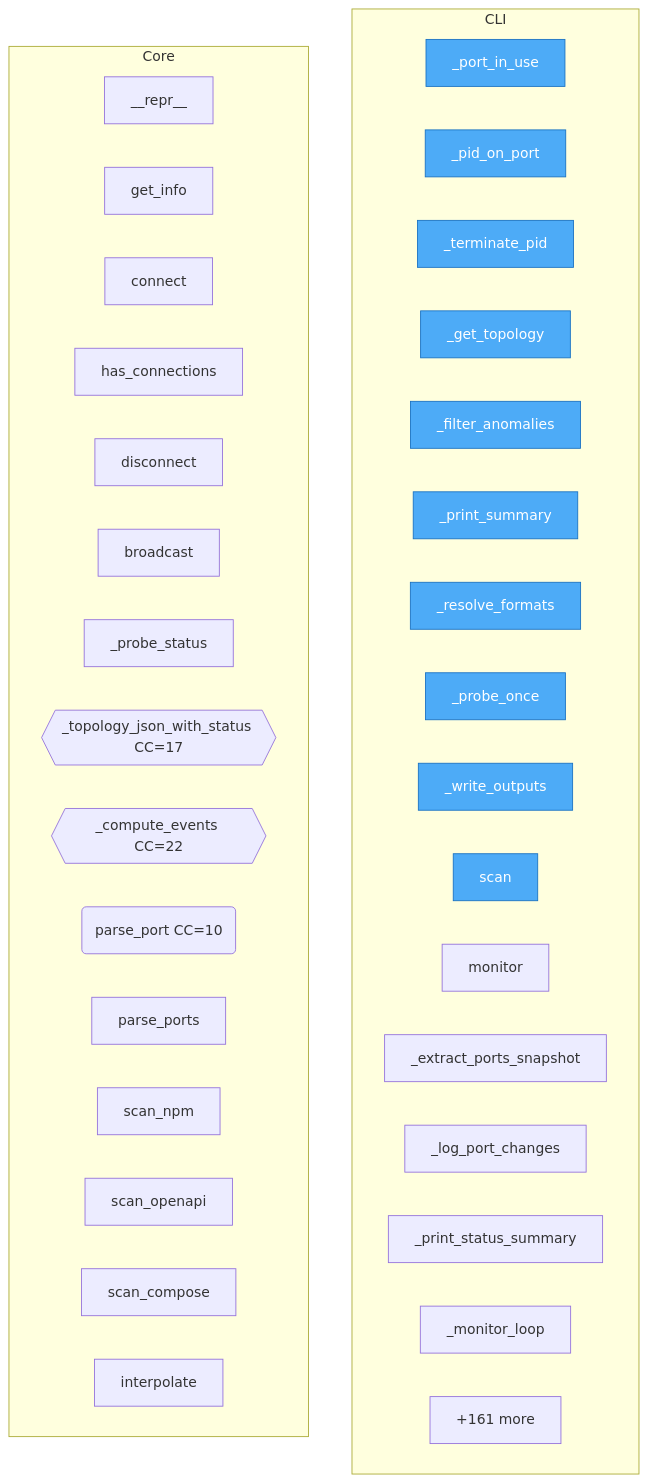
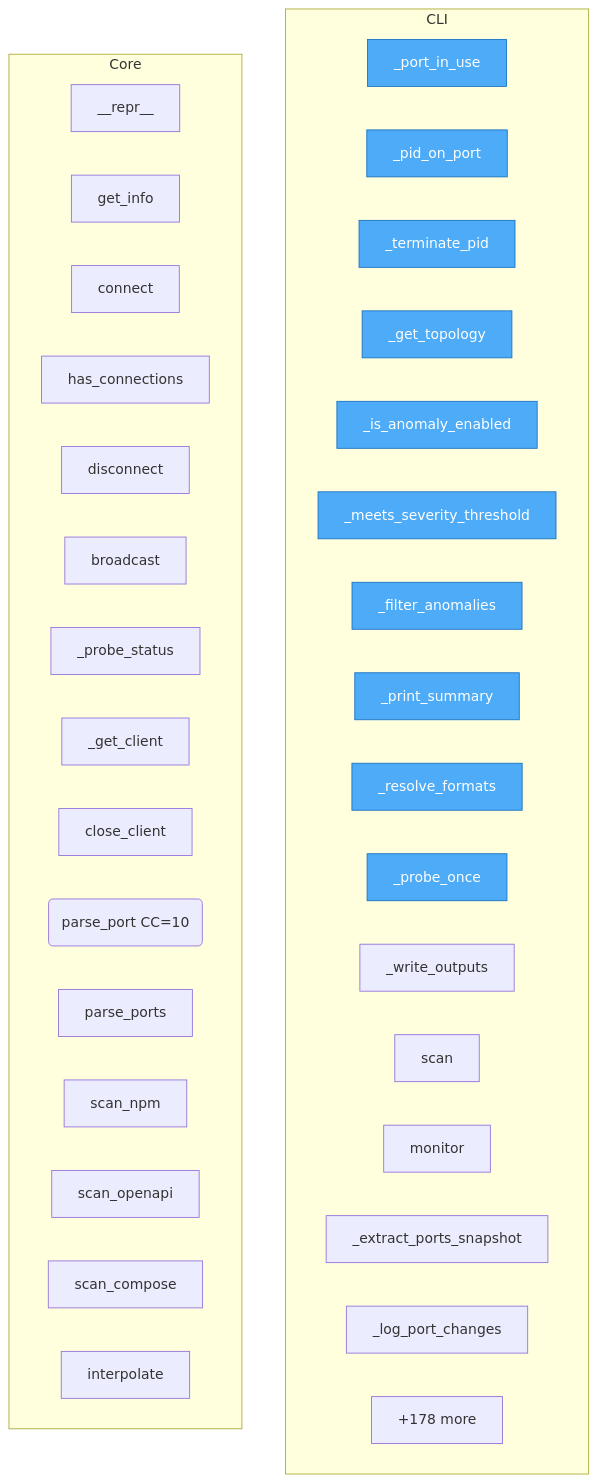
The diagram in project/flow.mmd (semcod/deta), drawn with Mermaid before and after one commit. The commit also changed 32 other files, not shown here.

```diff
--- a/project/flow.mmd
+++ b/project/flow.mmd
@@ -1,44 +1,44 @@
 flowchart TD
 
     %% Entry points (blue)
     classDef entry fill:#4dabf7,stroke:#1971c2,color:#fff
 
     subgraph CLI
         deta__cli___port_in_use["_port_in_use"]
         deta__cli___pid_on_port["_pid_on_port"]
         deta__cli___terminate_pid["_terminate_pid"]
         deta__cli___get_topology["_get_topology"]
+        deta__cli___is_anomaly_enabled["_is_anomaly_enabled"]
+        deta__cli___meets_severity_threshold["_meets_severity_threshold"]
         deta__cli___filter_anomalies["_filter_anomalies"]
         deta__cli___print_summary["_print_summary"]
         deta__cli___resolve_formats["_resolve_formats"]
         deta__cli___probe_once["_probe_once"]
         deta__cli___write_outputs["_write_outputs"]
         deta__cli__scan["scan"]
         deta__cli__monitor["monitor"]
         deta__cli___extract_ports_snapshot["_extract_ports_snapshot"]
         deta__cli___log_port_changes["_log_port_changes"]
-        deta__cli___print_status_summary["_print_status_summary"]
-        deta__cli___monitor_loop["_monitor_loop"]
-        ...["+2 more"]
+        ...["+4 more"]
     end
 
     subgraph Core
         deta__core__Wup____repr__["__repr__"]
         deta__core__Wup__get_info["get_info"]
         deta__web__app__ConnectionManager__connect["connect"]
         deta__web__app__ConnectionManager__has_connections["has_connections"]
         deta__web__app__ConnectionManager__disconnect["disconnect"]
         deta__web__app__ConnectionManager__broadcast["broadcast"]
         deta__web__app___probe_status["_probe_status"]
-        deta__web__app___topology_json_with_status{{_topology_json_with_status CC=17}}
-        deta__web__app___compute_events{{_compute_events CC=22}}
+        deta__monitor__prober___get_client["_get_client"]
+        deta__monitor__prober__close_client["close_client"]
         deta__scanner__ports__parse_port("parse_port CC=10")
         deta__scanner__ports__parse_ports["parse_ports"]
         deta__scanner__npm__scan_npm["scan_npm"]
         deta__scanner__openapi__scan_openapi["scan_openapi"]
         deta__scanner__compose__scan_compose["scan_compose"]
         deta__scanner__env__interpolate["interpolate"]
-        ...["+161 more"]
+        ...["+178 more"]
     end
 
-    class deta__cli___port_in_use,deta__cli___pid_on_port,deta__cli___terminate_pid,deta__cli___get_topology,deta__cli___filter_anomalies,deta__cli___print_summary,deta__cli___resolve_formats,deta__cli___probe_once,deta__cli___write_outputs,deta__cli__scan entry
+    class deta__cli___port_in_use,deta__cli___pid_on_port,deta__cli___terminate_pid,deta__cli___get_topology,deta__cli___is_anomaly_enabled,deta__cli___meets_severity_threshold,deta__cli___filter_anomalies,deta__cli___print_summary,deta__cli___resolve_formats,deta__cli___probe_once entry
```
